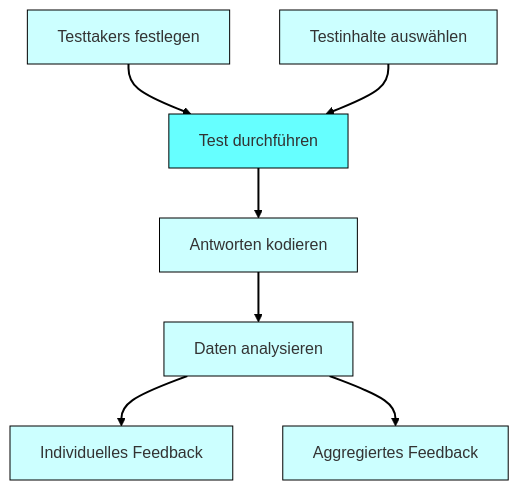
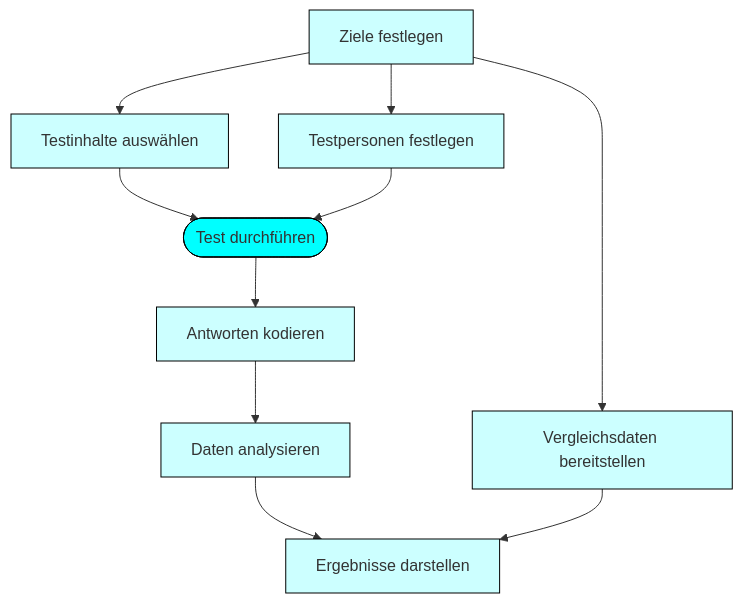
One commit to iqb-berlin/rising-stars changed the diagram in survey/index.qmd. Above: the diagram before and after it, drawn with Mermaid. The commit also changed other lines of this file and 6 other files, not shown here.

````diff
--- a/survey/index.qmd
+++ b/survey/index.qmd
@@ -17,21 +8,23 @@
 ```{mermaid}
 flowchart TD
-    classDef test fill:#6ff,stroke:black
+    classDef test fill:#0ff,stroke:black
     classDef others fill:#cff,stroke:black
-    td[Testtakers festlegen]:::others
+    goals[Ziele festlegen]:::others
     sc[Testinhalte auswählen]:::others
-    click sc "content.html"
-    tr[Test durchführen]:::test
+    td[Testpersonen festlegen]:::others
+    tr([Test durchführen]):::test
     cr[Antworten kodieren]:::others
     ra[Daten analysieren]:::others
-    fb1[Individuelles Feedback]:::others
-    fb2[Aggregiertes Feedback]:::others
-    linkStyle default stroke:black,stroke-width:2px,color:black;
+    cd[Vergleichsdaten bereitstellen]:::others
+    fb[Ergebnisse darstellen]:::others
 
+    goals --> sc
+    goals --> td
+    sc --> tr
     td --> tr
-    sc --> tr
     tr --> cr
     cr --> ra
-    ra --> fb1
-    ra --> fb2
+    ra --> fb
+    goals --> cd
+    cd --> fb
 ```
````
